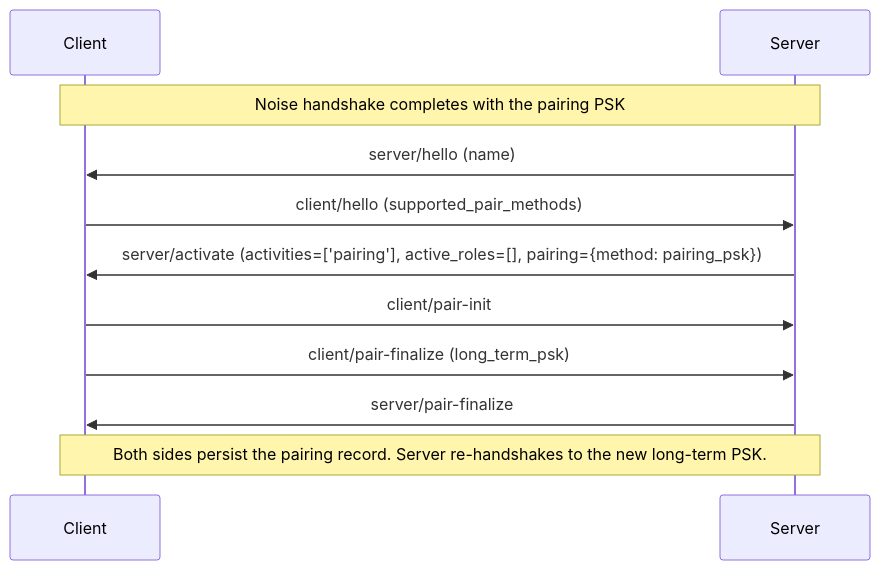
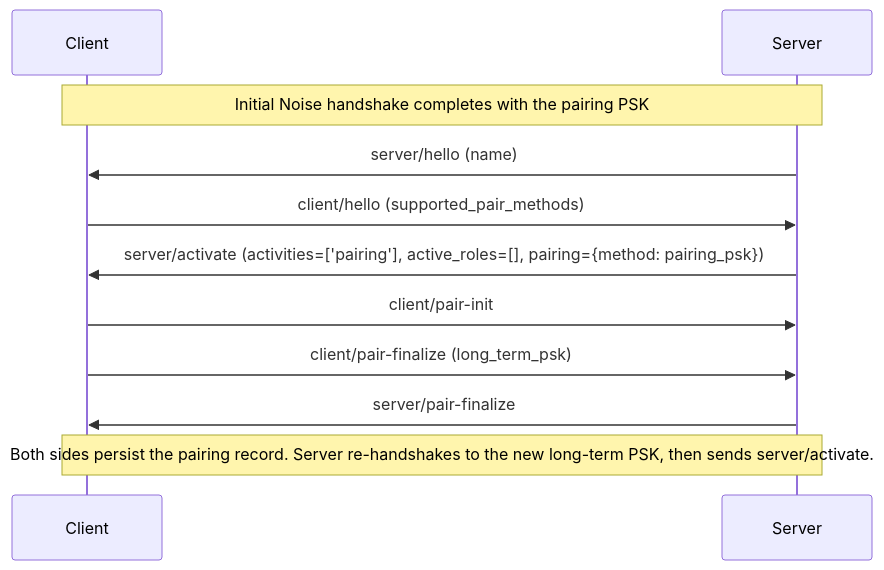
The second of 4 diagrams in README.md (Sendspin/spec), drawn with Mermaid before and after one commit. The commit also changed other lines of this file and 3 other files, not shown here.

````diff
--- a/README.md
+++ b/README.md
@@ -830,15 +830,15 @@
 ```mermaid
 sequenceDiagram
     participant Client
     participant Server
 
-    Note over Client,Server: Noise handshake completes with the pairing PSK
+    Note over Client,Server: Initial Noise handshake completes with the pairing PSK
 
     Server->>Client: server/hello (name)
     Client->>Server: client/hello (supported_pair_methods)
     Server->>Client: server/activate (activities=['pairing'], active_roles=[], pairing={method: pairing_psk})
     Client->>Server: client/pair-init
     Client->>Server: client/pair-finalize (long_term_psk)
     Server->>Client: server/pair-finalize
-    Note over Client,Server: Both sides persist the pairing record. Server re-handshakes to the new long-term PSK.
+    Note over Client,Server: Both sides persist the pairing record. Server re-handshakes to the new long-term PSK, then sends server/activate.
 ```
````
